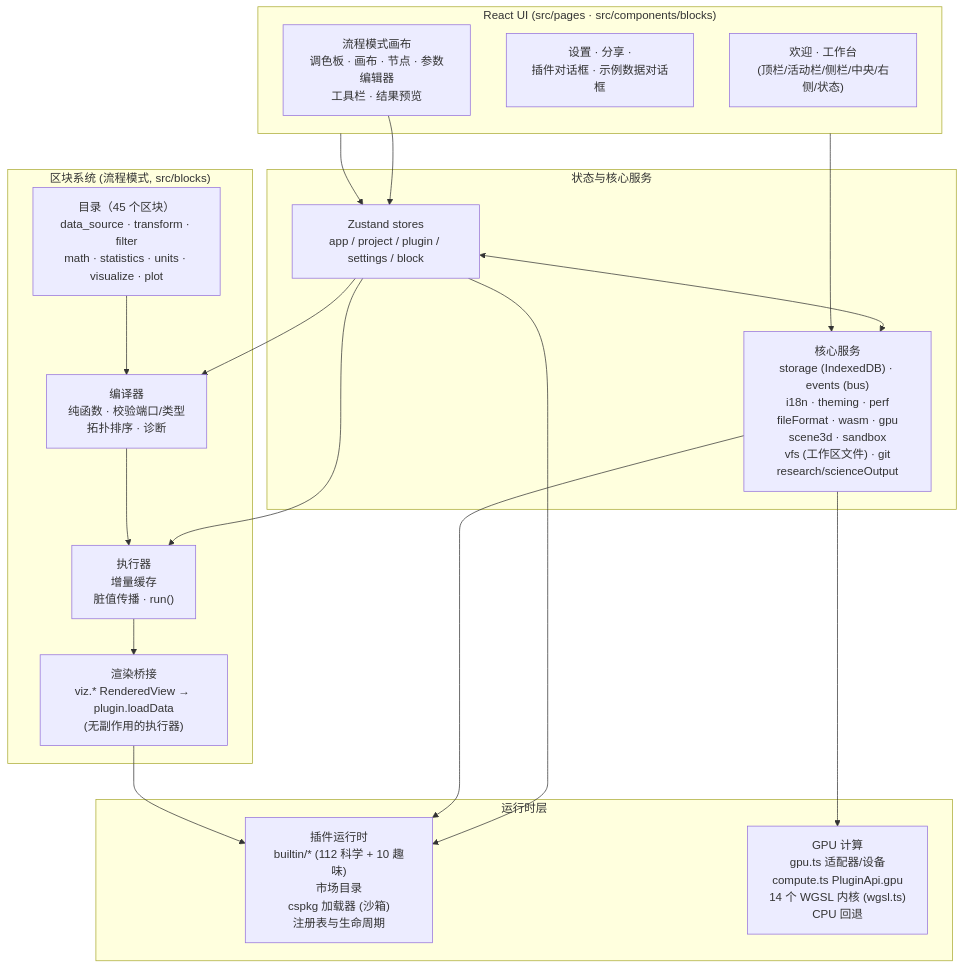
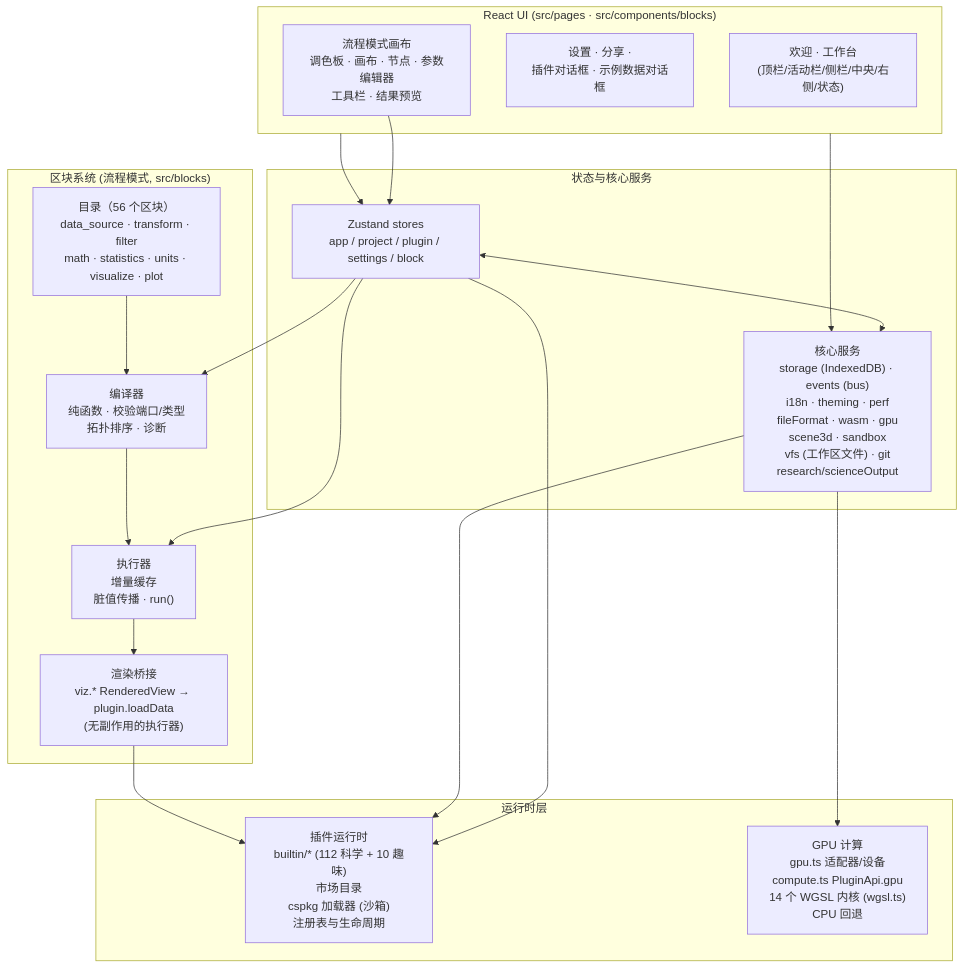
The diagram in README.zh-CN.md (SnowLeopard-io/ErgalicsStudio), drawn with Mermaid before and after one commit. The commit also changed other lines of this file and 698 other files, not shown here.

````diff
--- a/README.zh-CN.md
+++ b/README.zh-CN.md
@@ -172,39 +172,39 @@
 ```mermaid
 flowchart TB
     subgraph UI["React UI (src/pages · src/components/blocks)"]
         A1["欢迎 · 工作台<br/>(顶栏/活动栏/侧栏/中央/右侧/状态)"]
         A2["设置 · 分享 ·<br/>插件对话框 · 示例数据对话框"]
         A3["流程模式画布<br/>调色板 · 画布 · 节点 · 参数编辑器<br/>工具栏 · 结果预览"]
     end
 
     subgraph State["状态与核心服务"]
         B1["Zustand stores<br/>app / project / plugin / settings / block"]
         B2["核心服务<br/>storage (IndexedDB) · events (bus)<br/>i18n · theming · perf<br/>fileFormat · wasm · gpu<br/>scene3d · sandbox<br/>vfs (工作区文件) · git<br/>research/scienceOutput"]
     end
 
     subgraph Blocks["区块系统 (流程模式, src/blocks)"]
-        D1["目录（45 个区块）<br/>data_source · transform · filter<br/>math · statistics · units · visualize · plot"]
+        D1["目录（56 个区块）<br/>data_source · transform · filter<br/>math · statistics · units · visualize · plot"]
         D2["编译器<br/>纯函数 · 校验端口/类型<br/>拓扑排序 · 诊断"]
         D3["执行器<br/>增量缓存<br/>脏值传播 · run()"]
         D4["渲染桥接<br/>viz.* RenderedView → plugin.loadData<br/>(无副作用的执行器)"]
     end
 
     subgraph Runtime["运行时层"]
         C1["插件运行时<br/>builtin/* (112 科学 + 10 趣味)<br/>市场目录<br/>cspkg 加载器 (沙箱)<br/>注册表与生命周期"]
         C2["GPU 计算<br/>gpu.ts 适配器/设备<br/>compute.ts PluginApi.gpu<br/>14 个 WGSL 内核 (wgsl.ts)<br/>CPU 回退"]
     end
 
     UI --> B1
     UI --> B2
     B1 <--> B2
     B1 --> C1
     B2 --> C1
     B2 --> C2
     A3 --> B1
     B1 --> D2
     B1 --> D3
     D2 --> D3
     D1 --> D2
     D3 --> D4
     D4 --> C1
 ```
````
